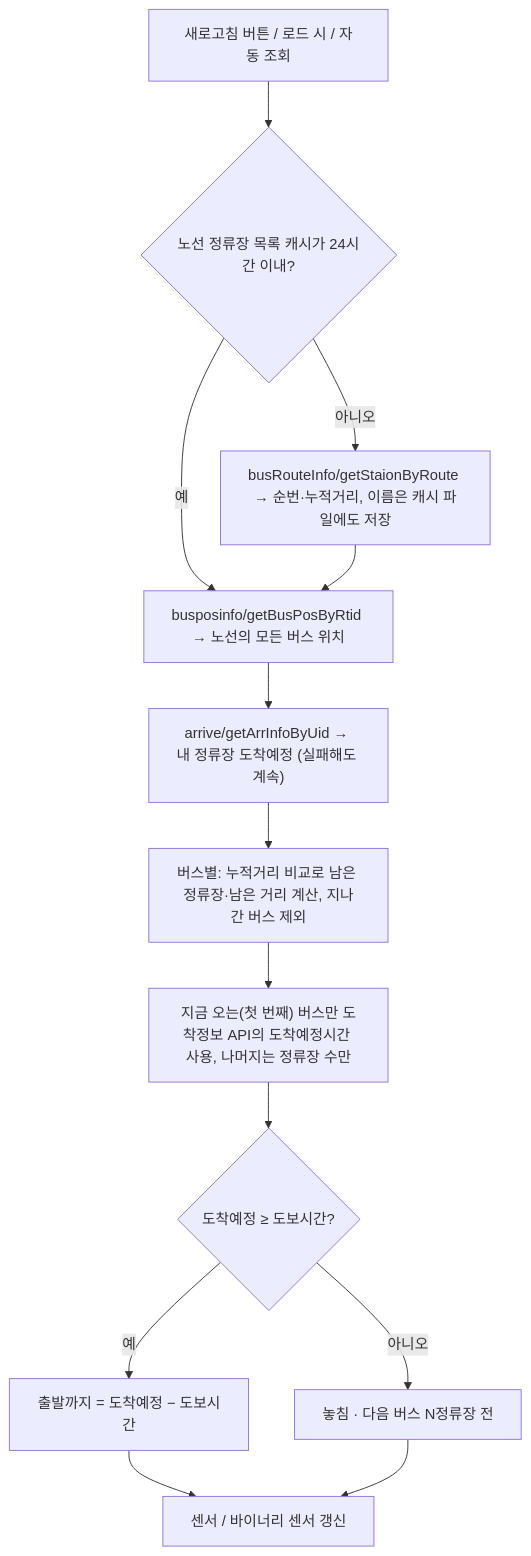
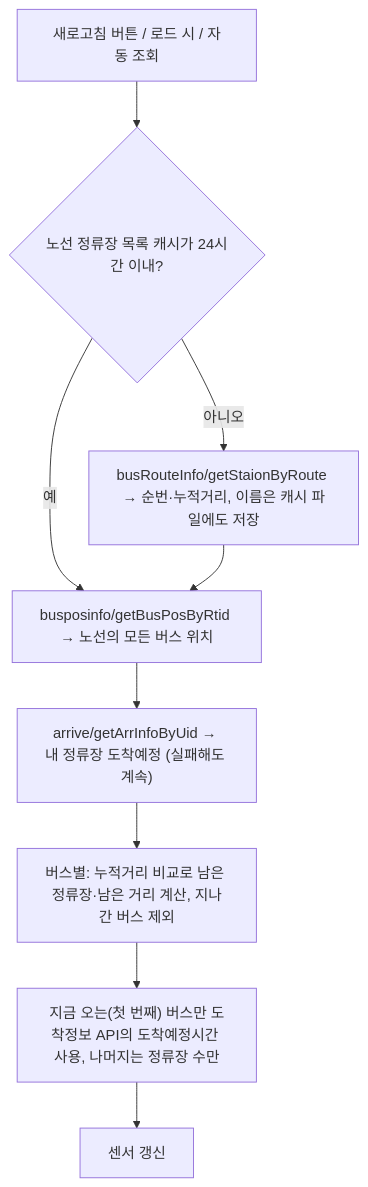
One commit to phoenix9469/DaejeonBus_HA changed the third of 5 diagrams in README.md. Above: the diagram before and after it, drawn with Mermaid. The commit also changed other lines of this file and 19 other files, not shown here.

````diff
--- a/README.md
+++ b/README.md
@@ -99,15 +100,11 @@
 ```mermaid
 flowchart TD
     A["새로고침 버튼 / 로드 시 / 자동 조회"] --> B{"노선 정류장 목록 캐시가 24시간 이내?"}
     B -- 아니오 --> C["busRouteInfo/getStaionByRoute → 순번·누적거리, 이름은 캐시 파일에도 저장"]
     B -- 예 --> D
     C --> D["busposinfo/getBusPosByRtid → 노선의 모든 버스 위치"]
     D --> E["arrive/getArrInfoByUid → 내 정류장 도착예정 (실패해도 계속)"]
     E --> F["버스별: 누적거리 비교로 남은 정류장·남은 거리 계산, 지나간 버스 제외"]
     F --> G["지금 오는(첫 번째) 버스만 도착정보 API의 도착예정시간 사용, 나머지는 정류장 수만"]
-    G --> H{"도착예정 ≥ 도보시간?"}
-    H -- 예 --> J["출발까지 = 도착예정 − 도보시간"]
-    H -- 아니오 --> K["놓침 · 다음 버스 N정류장 전"]
-    J --> I["센서 / 바이너리 센서 갱신"]
-    K --> I
+    G --> I["센서 갱신"]
 ```
````
